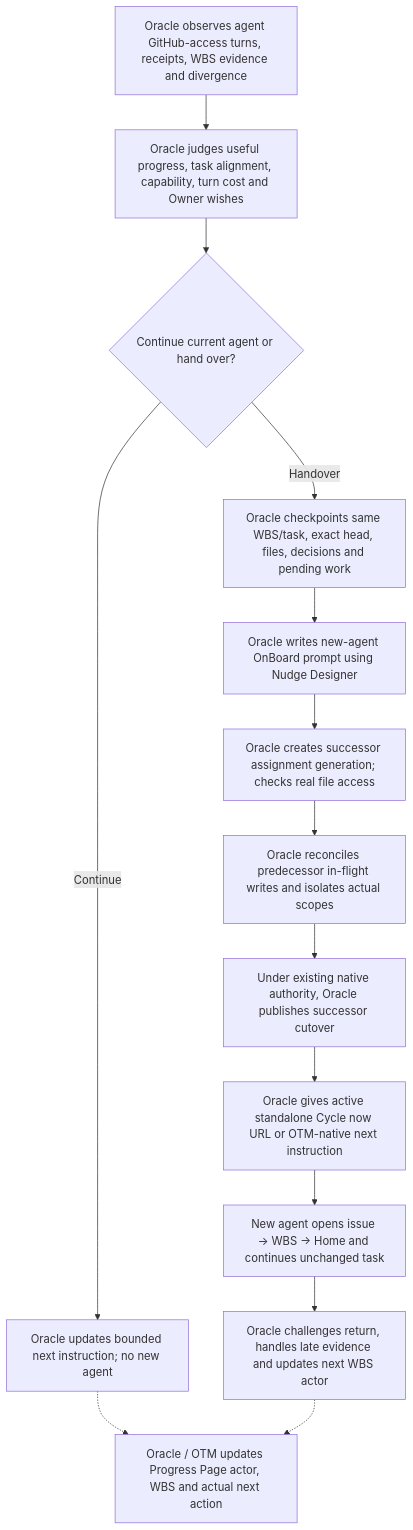
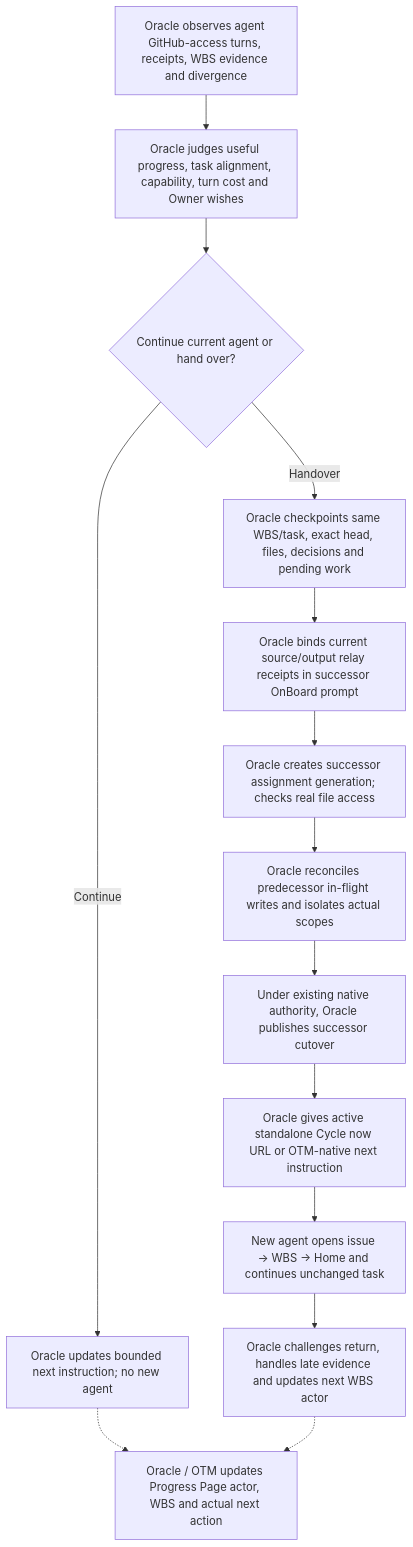
One commit to reallakshman19/Common changed the fourth of 5 diagrams in skills/agent-work/ENTRY_PROCESS_MAPS.md. Above: the diagram before and after it, drawn with Mermaid. The commit also changed other lines of this file, not shown here.

Commit message:
docs(agent-work): navigation and Common relay-first Oracle-agent fixture custody in ENTRY_PROCESS_MAPS.md

````diff
--- a/skills/agent-work/ENTRY_PROCESS_MAPS.md
+++ b/skills/agent-work/ENTRY_PROCESS_MAPS.md
@@ -110,17 +126,17 @@
 ```mermaid
 flowchart TD
   D0["Oracle observes agent GitHub-access turns, receipts, WBS evidence and divergence"]
   D0 --> D1["Oracle judges useful progress, task alignment, capability, turn cost and Owner wishes"]
   D1 --> D2{"Continue current agent or hand over?"}
   D2 -->|Continue| D3["Oracle updates bounded next instruction; no new agent"]
   D2 -->|Handover| D4["Oracle checkpoints same WBS/task, exact head, files, decisions and pending work"]
-  D4 --> D5["Oracle writes new-agent OnBoard prompt using Nudge Designer"]
+  D4 --> D5["Oracle binds current source/output relay receipts in successor OnBoard prompt"]
   D5 --> D6["Oracle creates successor assignment generation; checks real file access"]
   D6 --> D7["Oracle reconciles predecessor in-flight writes and isolates actual scopes"]
   D7 --> D8["Under existing native authority, Oracle publishes successor cutover"]
   D8 --> D9["Oracle gives active standalone Cycle now URL or OTM-native next instruction"]
   D9 --> D10["New agent opens issue → WBS → Home and continues unchanged task"]
   D10 --> D11["Oracle challenges return, handles late evidence and updates next WBS actor"]
   D3 -.-> DP["Oracle / OTM updates Progress Page actor, WBS and actual next action"]
   D11 -.-> DP
 ```
````
